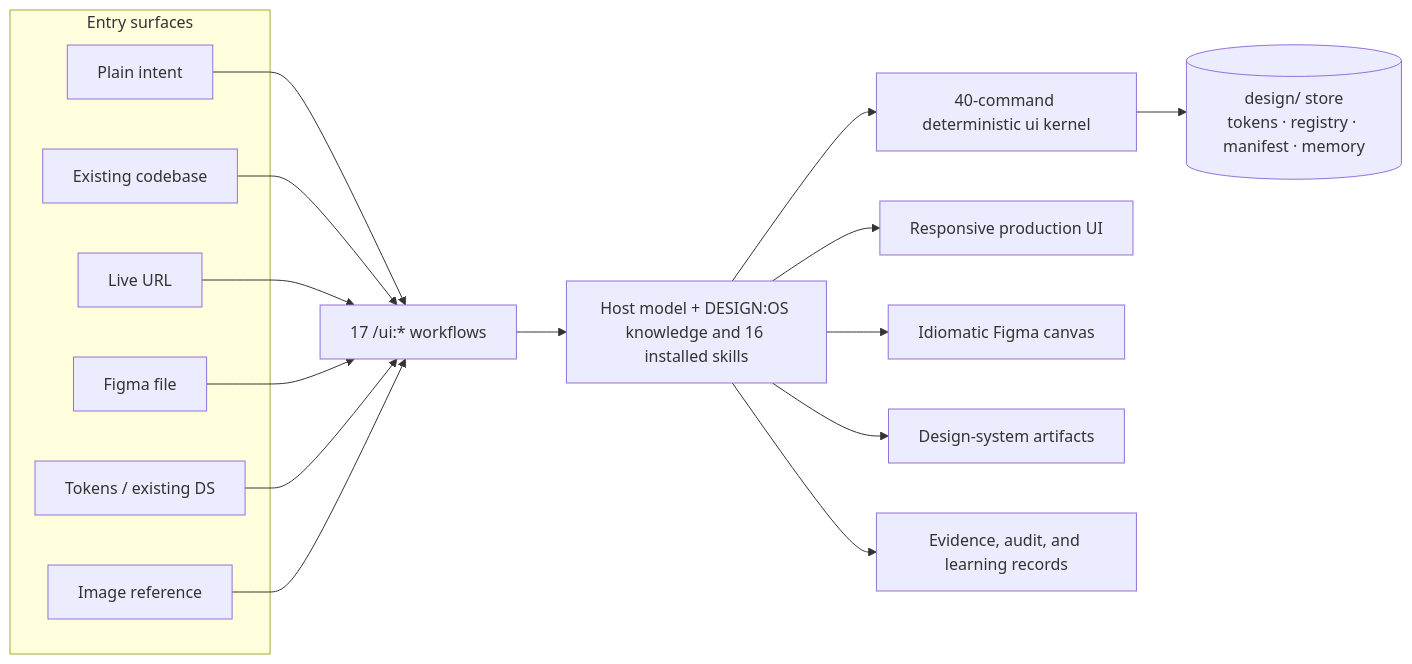
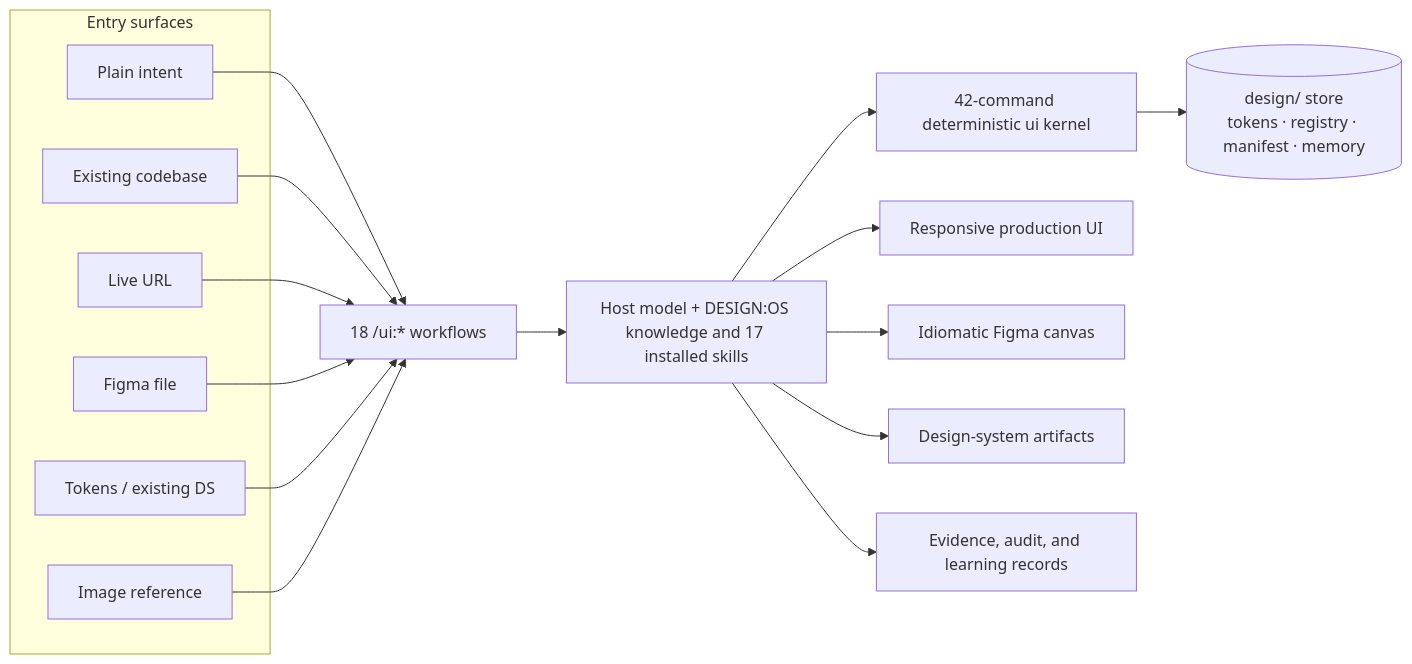
The second of 2 diagrams in README.md (jangtrinh/design-os), drawn with Mermaid before and after one commit. The commit also changed other lines of this file, not shown here.

Commit message:
docs: re-measure README counts at HEAD — 42 commands, 3,430 kernel tests, 1,675 plugin tests (#165)

````diff
--- a/README.md
+++ b/README.md
@@ -735,24 +735,24 @@
 ```mermaid
 flowchart LR
     subgraph IN["Entry surfaces"]
       E1["Plain intent"]
       E2["Existing codebase"]
       E3["Live URL"]
       E4["Figma file"]
       E5["Tokens / existing DS"]
       E6["Image reference"]
     end
-    E1 --> W["17 /ui:* workflows"]
+    E1 --> W["18 /ui:* workflows"]
     E2 --> W
     E3 --> W
     E4 --> W
     E5 --> W
     E6 --> W
-    W --> H["Host model + DESIGN:OS knowledge and 16 installed skills"]
-    H --> K["40-command deterministic ui kernel"]
+    W --> H["Host model + DESIGN:OS knowledge and 17 installed skills"]
+    H --> K["42-command deterministic ui kernel"]
     H --> O1["Responsive production UI"]
     H --> O2["Idiomatic Figma canvas"]
     H --> O3["Design-system artifacts"]
     H --> O4["Evidence, audit, and learning records"]
     K --> DS[("design/ store<br/>tokens · registry · manifest · memory")]
 ```
````
